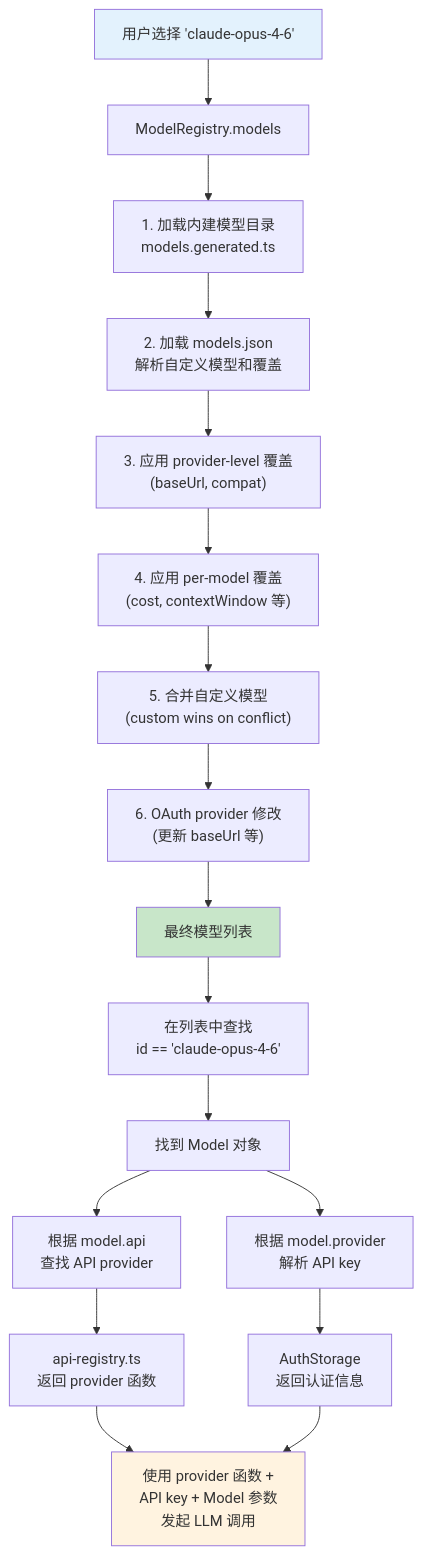
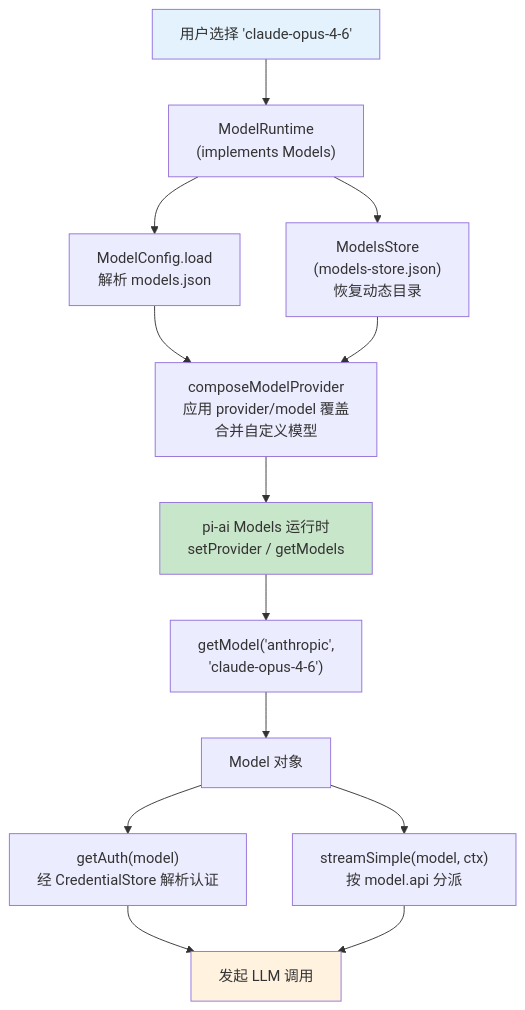
Before and after one commit to disanrencheng/pi-book: the diagram in src/ch18-model-registry.md, drawn with Mermaid. The commit also changed other lines of this file and 69 other files, not shown here.

````diff
--- a/src/ch18-model-registry.md
+++ b/src/ch18-model-registry.md
@@ -240,28 +236,22 @@
 ```mermaid
 flowchart TD
-    User["用户选择 'claude-opus-4-6'"] --> Registry["ModelRegistry.models"]
-    
-    Registry --> Step1["1. 加载内建模型目录\nmodels.generated.ts"]
-    Step1 --> Step2["2. 加载 models.json\n解析自定义模型和覆盖"]
-    Step2 --> Step3["3. 应用 provider-level 覆盖\n(baseUrl, compat)"]
-    Step3 --> Step4["4. 应用 per-model 覆盖\n(cost, contextWindow 等)"]
-    Step4 --> Step5["5. 合并自定义模型\n(custom wins on conflict)"]
-    Step5 --> Step6["6. OAuth provider 修改\n(更新 baseUrl 等)"]
-    Step6 --> Models["最终模型列表"]
-    
-    Models --> Find["在列表中查找\nid == 'claude-opus-4-6'"]
-    Find --> Found["找到 Model 对象"]
-    
-    Found --> ProviderLookup["根据 model.api\n查找 API provider"]
-    ProviderLookup --> ApiRegistry["api-registry.ts\n返回 provider 函数"]
-    
-    Found --> AuthLookup["根据 model.provider\n解析 API key"]
-    AuthLookup --> AuthStorage["AuthStorage\n返回认证信息"]
-    
-    ApiRegistry --> Call["使用 provider 函数 +\nAPI key + Model 参数\n发起 LLM 调用"]
-    AuthStorage --> Call
-    
+    User["用户选择 'claude-opus-4-6'"] --> RT["ModelRuntime\n(implements Models)"]
+
+    RT --> Cfg["ModelConfig.load\n解析 models.json"]
+    RT --> Store["ModelsStore\n(models-store.json)\n恢复动态目录"]
+    Cfg --> Compose["composeModelProvider\n应用 provider/model 覆盖\n合并自定义模型"]
+    Store --> Compose
+    Compose --> Models["pi-ai Models 运行时\nsetProvider / getModels"]
+
+    Models --> Find["getModel('anthropic',\n'claude-opus-4-6')"]
+    Find --> Found["Model 对象"]
+
+    Found --> Auth["getAuth(model)\n经 CredentialStore 解析认证"]
+    Found --> Stream["streamSimple(model, ctx)\n按 model.api 分派"]
+    Auth --> Call["发起 LLM 调用"]
+    Stream --> Call
+
     style User fill:#e3f2fd
     style Models fill:#c8e6c9
     style Call fill:#fff3e0
 ```
````
